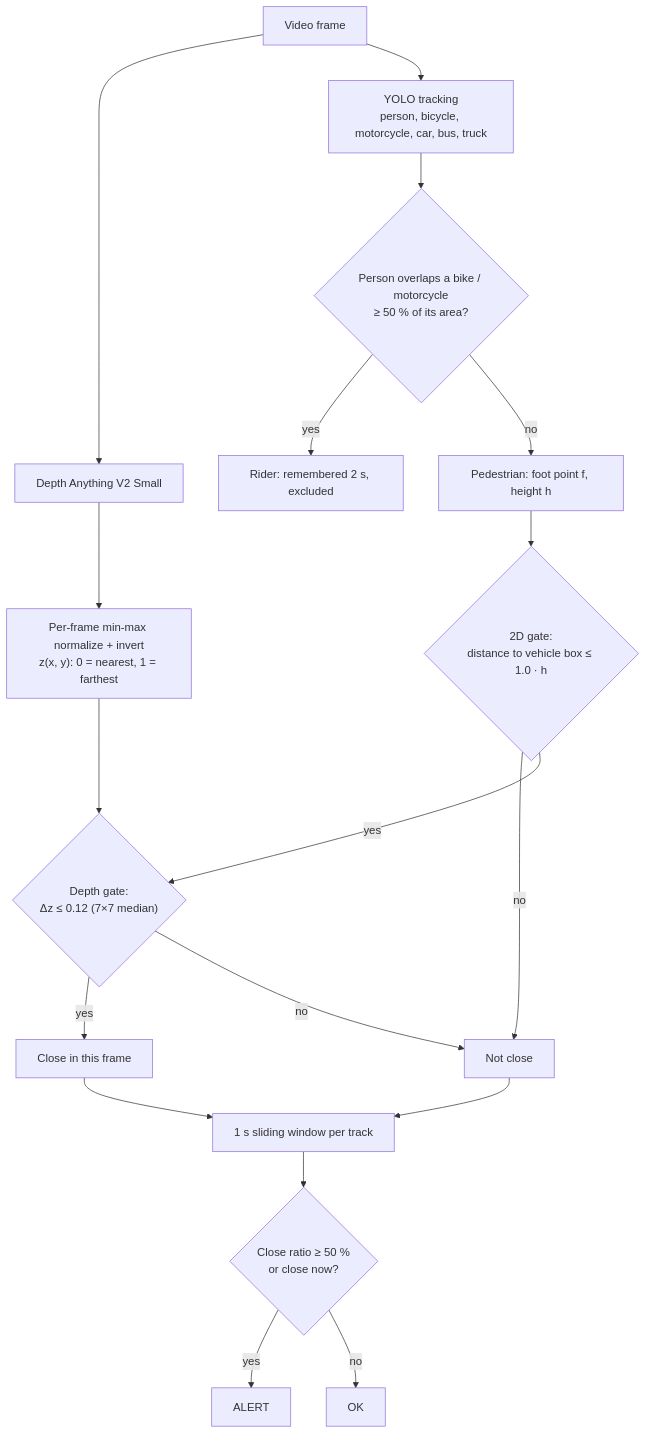
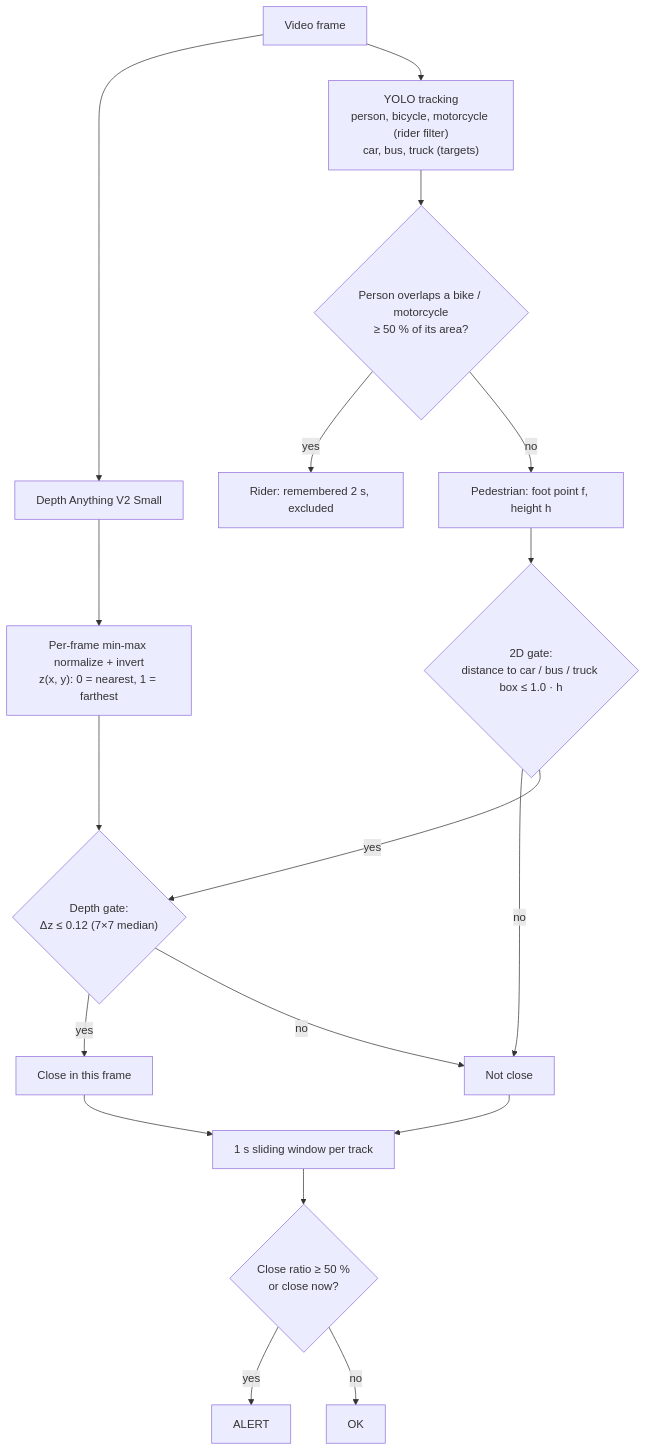
Before and after one commit to karemdm/pedestrian-vehicle-proximity-alert: the diagram in docs/how-it-works.md, drawn with Mermaid. The commit also changed other lines of this file, not shown here.

Commit message:
docs: describe rider-only classes, frame step, validation and rendering in the guide

````diff
--- a/docs/how-it-works.md
+++ b/docs/how-it-works.md
@@ -7,20 +7,20 @@
 ```mermaid
 flowchart TD
     A["Video frame"] --> B["Depth Anything V2 Small"]
     B --> C["Per-frame min-max normalize + invert<br/>z(x, y): 0 = nearest, 1 = farthest"]
-    A --> D["YOLO tracking<br/>person, bicycle, motorcycle, car, bus, truck"]
+    A --> D["YOLO tracking<br/>person, bicycle, motorcycle (rider filter)<br/>car, bus, truck (targets)"]
     D --> E{"Person overlaps a bike / motorcycle<br/>≥ 50 % of its area?"}
     E -- yes --> F["Rider: remembered 2 s, excluded"]
     E -- no --> G["Pedestrian: foot point f, height h"]
-    G --> H{"2D gate:<br/>distance to vehicle box ≤ 1.0 · h"}
+    G --> H{"2D gate:<br/>distance to car / bus / truck box ≤ 1.0 · h"}
     H -- no --> L
     H -- yes --> I{"Depth gate:<br/>Δz ≤ 0.12 (7×7 median)"}
     C --> I
     I -- yes --> K["Close in this frame"]
     I -- no --> L["Not close"]
     K --> M["1 s sliding window per track"]
     L --> M
     M --> N{"Close ratio ≥ 50 %<br/>or close now?"}
     N -- yes --> O["ALERT"]
     N -- no --> P["OK"]
 ```
````
